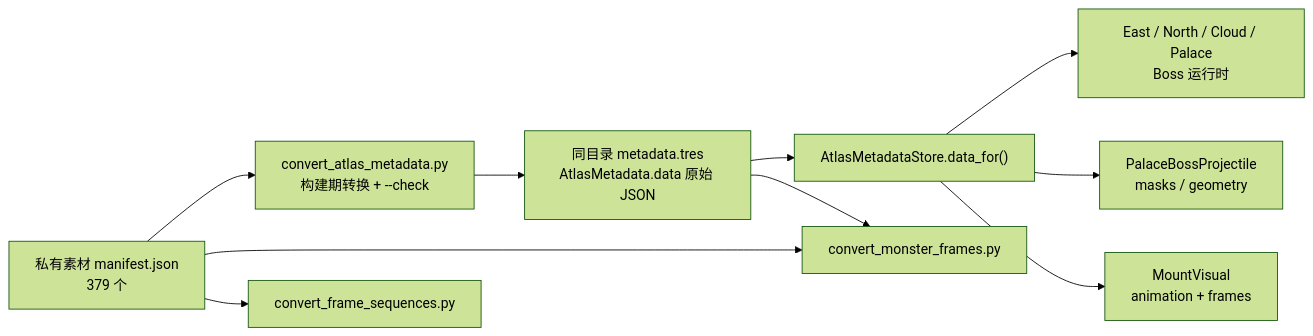
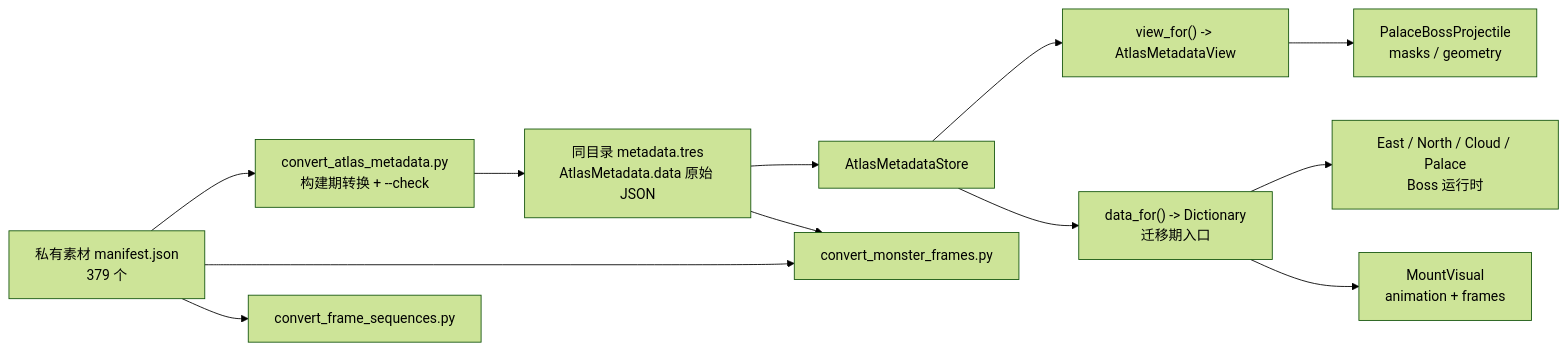
The diagram in docs/reference/atlas_metadata_schema.md (0xnayuta/BHYH), drawn with Mermaid (forest theme) before and after one commit. The commit also changed other lines of this file and 18 other files, not shown here.

First line of the commit message:
feat(atlas): 新增 AtlasMetadata 只读视图并迁移宫殿弹体

````diff
--- a/docs/reference/atlas_metadata_schema.md
+++ b/docs/reference/atlas_metadata_schema.md
@@ -10,12 +10,14 @@
 ```mermaid
 flowchart LR
     M["私有素材 manifest.json<br/>379 个"] --> C["convert_atlas_metadata.py<br/>构建期转换 + --check"]
     C --> R["同目录 metadata.tres<br/>AtlasMetadata.data 原始 JSON"]
-    R --> S["AtlasMetadataStore.data_for()"]
-    S --> E["East / North / Cloud / Palace<br/>Boss 运行时"]
-    S --> P["PalaceBossProjectile<br/>masks / geometry"]
-    S --> V["MountVisual<br/>animation + frames"]
+    R --> S["AtlasMetadataStore"]
+    S --> SV["view_for() -> AtlasMetadataView"]
+    S --> SD["data_for() -> Dictionary<br/>迁移期入口"]
+    SV --> P["PalaceBossProjectile<br/>masks / geometry"]
+    SD --> E["East / North / Cloud / Palace<br/>Boss 运行时"]
+    SD --> V["MountVisual<br/>animation + frames"]
     M --> B1["convert_monster_frames.py"]
     M --> B2["convert_frame_sequences.py"]
     R --> B1
 ```
````
